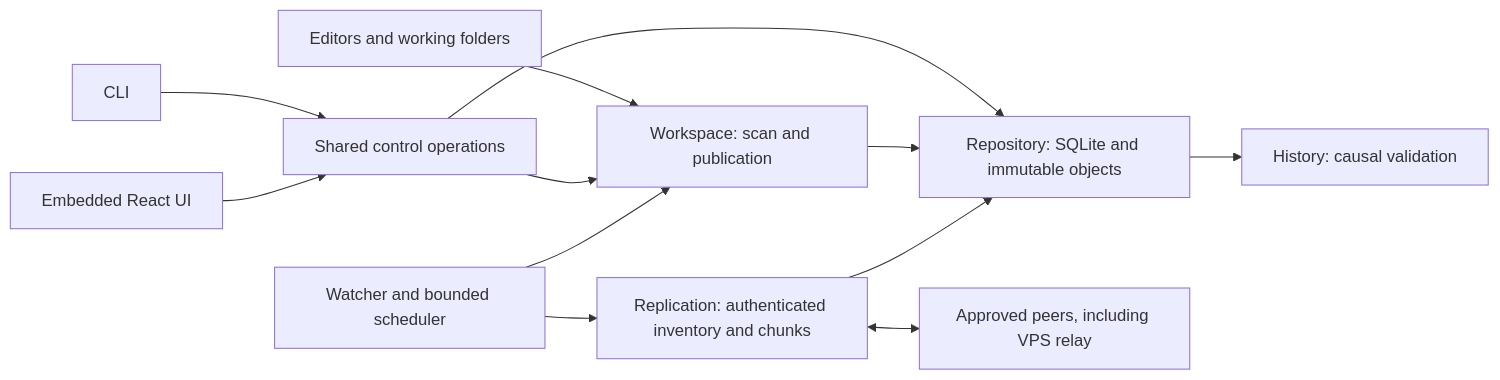
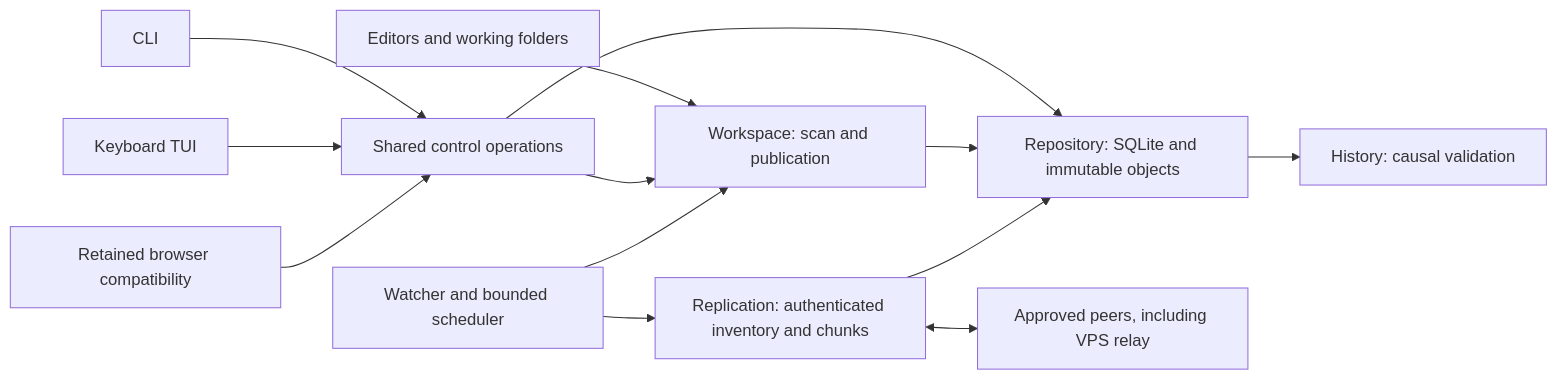
The diagram in docs/case-study.md (calebhabesh/orbit), drawn with Mermaid before and after one commit. The commit also changed other lines of this file and 28 other files, not shown here.

````diff
--- a/docs/case-study.md
+++ b/docs/case-study.md
@@ -11,14 +11,15 @@
 ```mermaid
 flowchart LR
   Editors[Editors and working folders] --> Workspace[Workspace: scan and publication]
   CLI[CLI] --> Control[Shared control operations]
-  UI[Embedded React UI] --> Control
+  UI[Keyboard TUI] --> Control
+  Legacy[Retained browser compatibility] --> Control
   Control --> Workspace
   Control --> Repository[Repository: SQLite and immutable objects]
   Workspace --> Repository
   Agent[Watcher and bounded scheduler] --> Workspace
   Agent --> Replication[Replication: authenticated inventory and chunks]
   Replication --> Repository
   Repository --> History[History: causal validation]
   Replication <--> Peers[Approved peers, including VPS relay]
 ```
````
